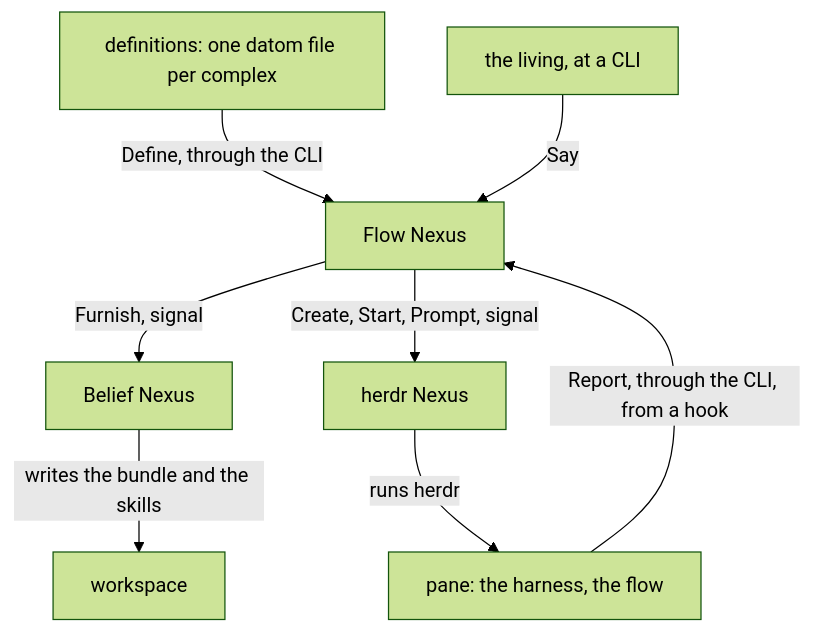
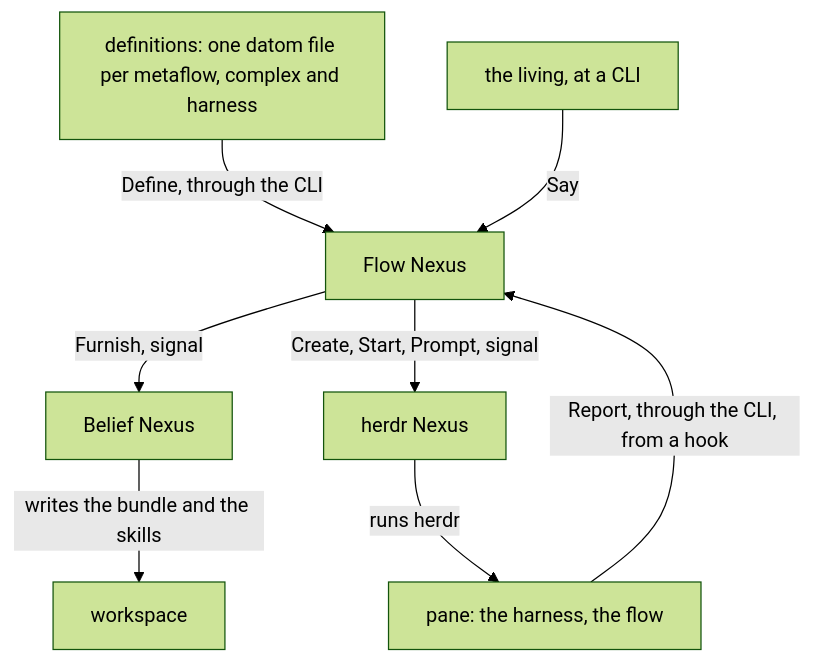
The third of 3 diagrams in vision/metaflow-v1.md (LiGoldragon/psyche-belief), drawn with Mermaid (forest theme) before and after one commit. The commit also changed other lines of this file and 2 other files, not shown here.

````diff
--- a/vision/metaflow-v1.md
+++ b/vision/metaflow-v1.md
@@ -45,10 +71,10 @@
 ```mermaid
 flowchart TB
-    d["definitions: one datom file per complex"] -- "Define, through the CLI" --> f["Flow Nexus"]
+    d["definitions: one datom file per metaflow, complex and harness"] -- "Define, through the CLI" --> f["Flow Nexus"]
     f -- "Furnish, signal" --> b["Belief Nexus"]
     f -- "Create, Start, Prompt, signal" --> h["herdr Nexus"]
     b -- "writes the bundle and the skills" --> w["workspace"]
     h -- "runs herdr" --> p["pane: the harness, the flow"]
     p -- "Report, through the CLI, from a hook" --> f
     l["the living, at a CLI"] -- "Say" --> f
 ```
````
